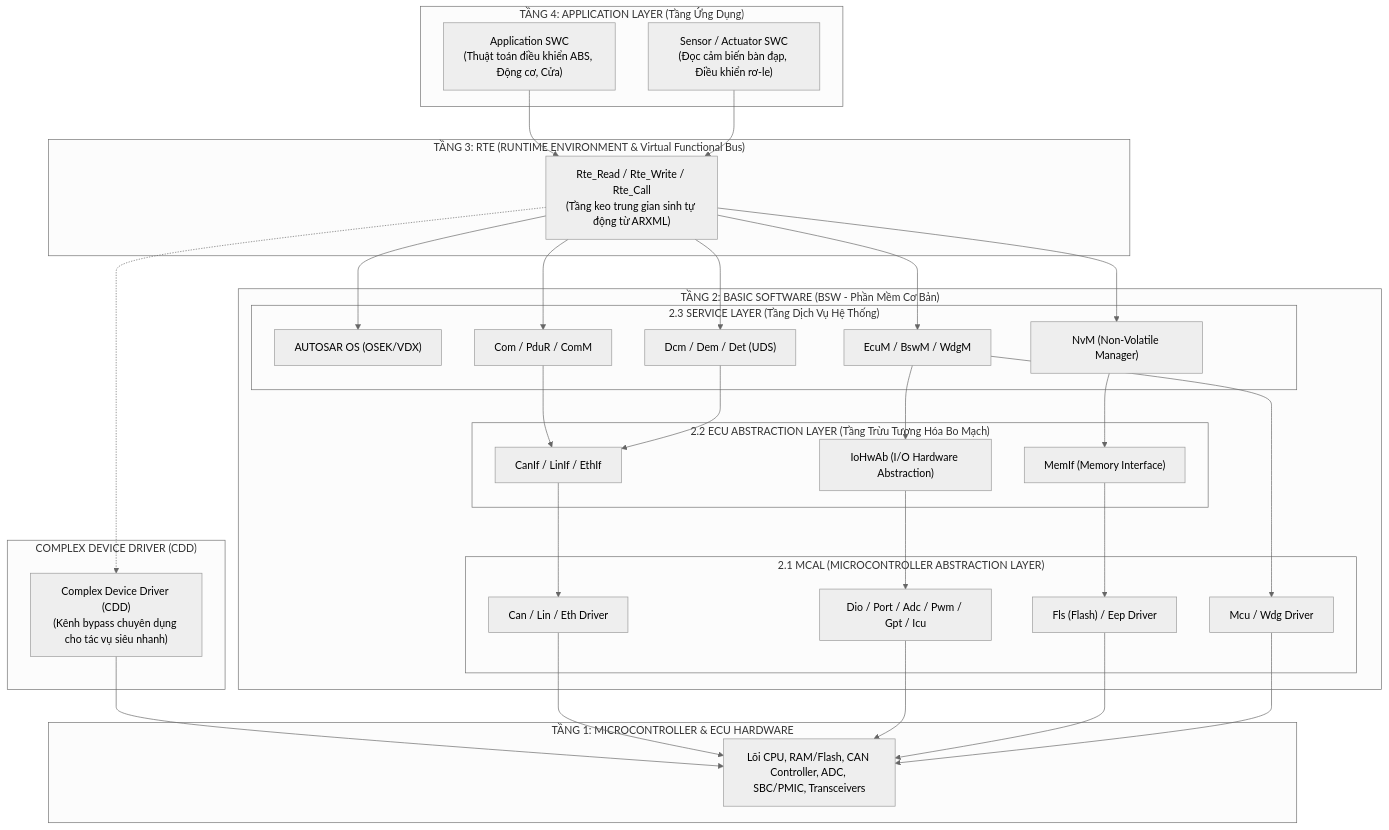
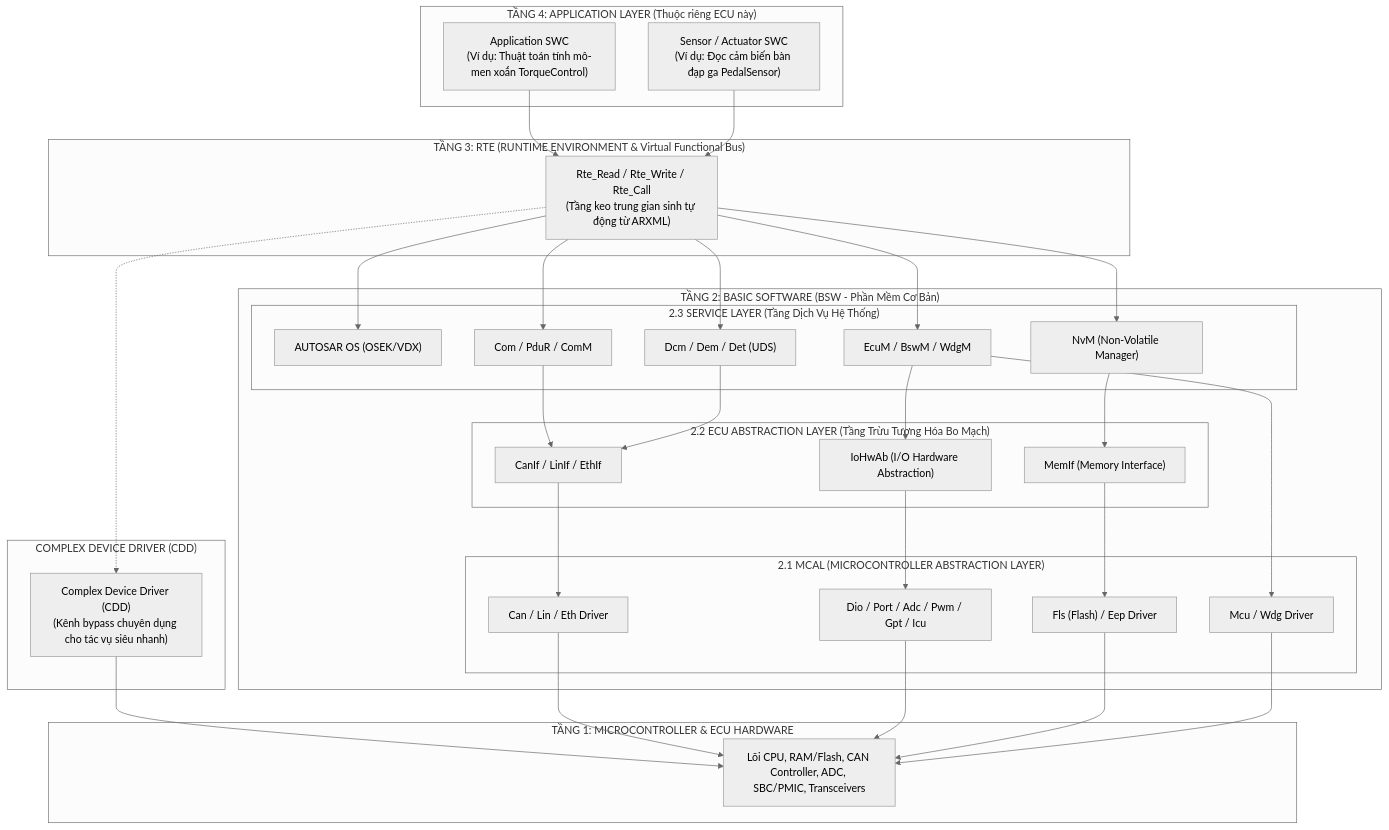
One commit to liemvu12/Study_AUTOSAR changed the first of 5 diagrams in docs/theory/01_AUTOSAR_Layered_Architecture_And_VFB_Masterclass.md. Above: the diagram before and after it, drawn with Mermaid (neutral theme). The commit also changed other lines of this file and 84 other files, not shown here.

````diff
--- a/docs/theory/01_AUTOSAR_Layered_Architecture_And_VFB_Masterclass.md
+++ b/docs/theory/01_AUTOSAR_Layered_Architecture_And_VFB_Masterclass.md
@@ -109,67 +114,67 @@
 ```mermaid
 graph TD
-    subgraph "TẦNG 4: APPLICATION LAYER (Tầng Ứng Dụng)"
-        SWC1["Application SWC<br>(Thuật toán điều khiển ABS, Động cơ, Cửa)"]
-        SWC2["Sensor / Actuator SWC<br>(Đọc cảm biến bàn đạp, Điều khiển rơ-le)"]
+    subgraph "TẦNG 4: APPLICATION LAYER (Thuộc riêng ECU này)"
+        SWC1["Application SWC<br>(Ví dụ: Thuật toán tính mô-men xoắn TorqueControl)"]
+        SWC2["Sensor / Actuator SWC<br>(Ví dụ: Đọc cảm biến bàn đạp ga PedalSensor)"]
     end
 
     subgraph "TẦNG 3: RTE (RUNTIME ENVIRONMENT & Virtual Functional Bus)"
         RTE["Rte_Read / Rte_Write / Rte_Call<br>(Tầng keo trung gian sinh tự động từ ARXML)"]
     end
 
     subgraph "TẦNG 2: BASIC SOFTWARE (BSW - Phần Mềm Cơ Bản)"
         subgraph "2.3 SERVICE LAYER (Tầng Dịch Vụ Hệ Thống)"
             OS["AUTOSAR OS (OSEK/VDX)"]
             SysServ["EcuM / BswM / WdgM"]
             ComServ["Com / PduR / ComM"]
             DiagServ["Dcm / Dem / Det (UDS)"]
             MemServ["NvM (Non-Volatile Manager)"]
         end
 
         subgraph "2.2 ECU ABSTRACTION LAYER (Tầng Trừu Tượng Hóa Bo Mạch)"
             ComAb["CanIf / LinIf / EthIf"]
             IoHwAb["IoHwAb (I/O Hardware Abstraction)"]
             MemAb["MemIf (Memory Interface)"]
         end
 
         subgraph "2.1 MCAL (MICROCONTROLLER ABSTRACTION LAYER)"
             MCAL_Com["Can / Lin / Eth Driver"]
             MCAL_Io["Dio / Port / Adc / Pwm / Gpt / Icu"]
             MCAL_Mem["Fls (Flash) / Eep Driver"]
             MCAL_Mcu["Mcu / Wdg Driver"]
         end
     end
 
     subgraph "COMPLEX DEVICE DRIVER (CDD)"
         CDD["Complex Device Driver (CDD)<br>(Kênh bypass chuyên dụng cho tác vụ siêu nhanh)"]
     end
 
     subgraph "TẦNG 1: MICROCONTROLLER & ECU HARDWARE"
         HW["Lõi CPU, RAM/Flash, CAN Controller, ADC, SBC/PMIC, Transceivers"]
     end
 
     SWC1 --> RTE
     SWC2 --> RTE
     RTE --> OS
     RTE --> SysServ
     RTE --> ComServ
     RTE --> DiagServ
     RTE --> MemServ
     RTE -.-> CDD
 
     ComServ --> ComAb
     DiagServ --> ComAb
     MemServ --> MemAb
     SysServ --> IoHwAb
 
     ComAb --> MCAL_Com
     IoHwAb --> MCAL_Io
     MemAb --> MCAL_Mem
     SysServ --> MCAL_Mcu
 
     CDD --> HW
     MCAL_Com --> HW
     MCAL_Io --> HW
     MCAL_Mem --> HW
     MCAL_Mcu --> HW
 ```
````
